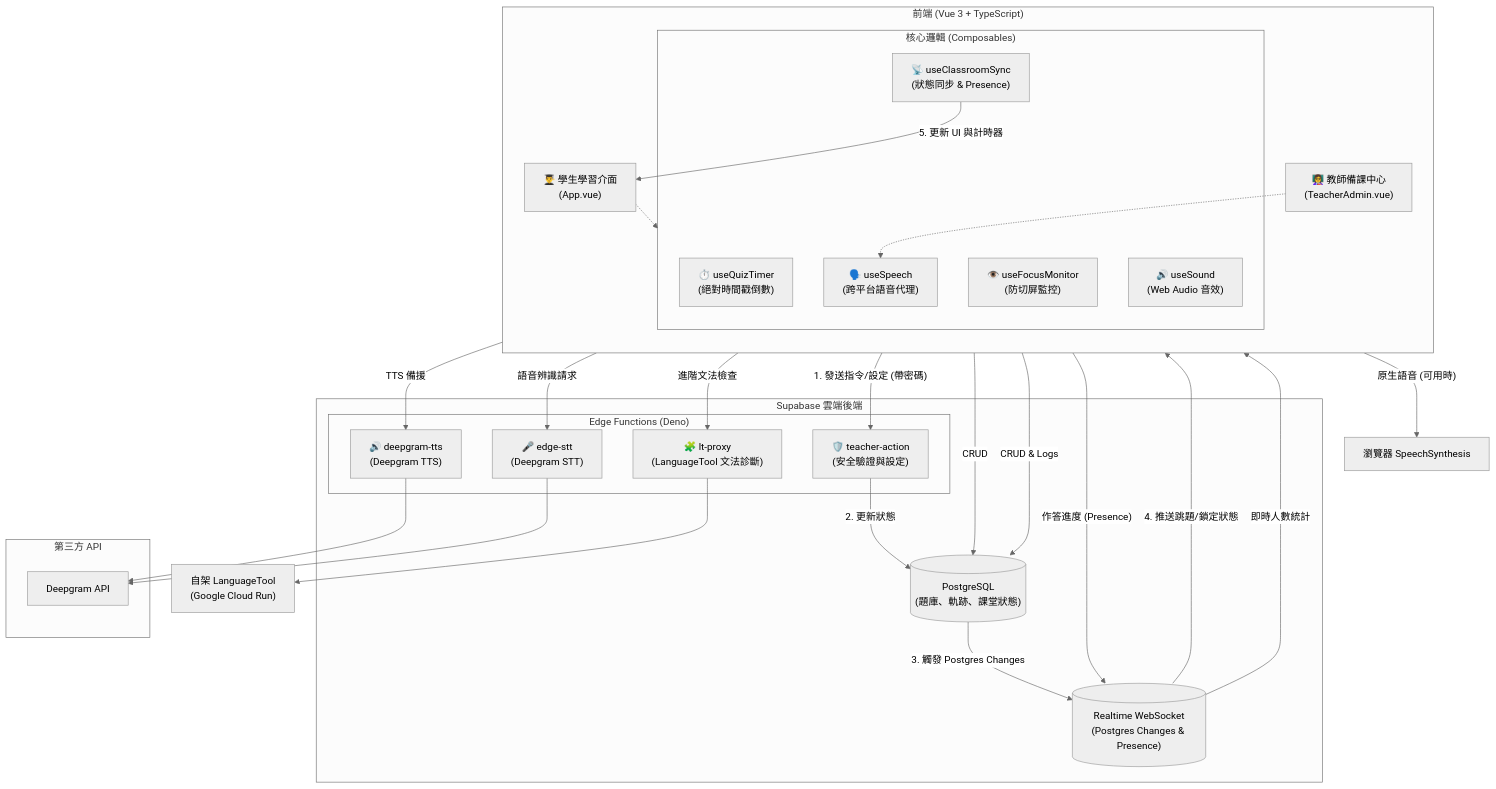
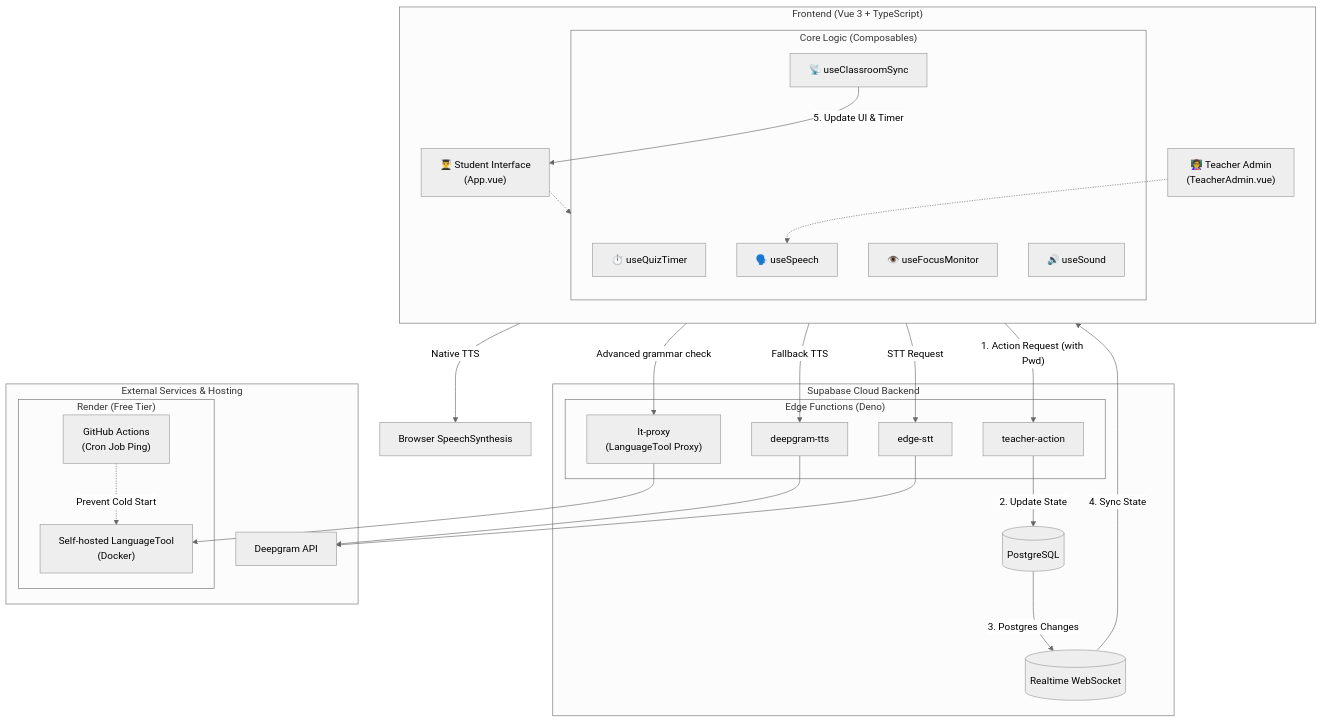
The second of 3 diagrams in README.zh-TW.md (ylin3-learner/SyntaxHunt), drawn with Mermaid (neutral theme) before and after one commit. The commit also changed other lines of this file and 1 other file, not shown here.

Commit message:
docs(readme): update architecture, deployment, and diagnosis technical details
- **Architecture**: Updated Mermaid diagrams to reflect Render (Docker) hosting and GitHub Actions keep-alive mechanism.
- **Diagnosis**: Documented Context Stitching and Offset Mapping logic for precise LanguageTool error highlighting.
- **UI/UX**: Added documentation for the manual 'Person vs. Thing' semantic control and the 8-second timeout fallback.
- **Deployment**: Updated deployment guides with Render environment variables (Java OOM prevention) and Supabase secrets configuration.

````diff
--- a/README.zh-TW.md
+++ b/README.zh-TW.md
@@ -73,59 +73,58 @@
 ```mermaid
 graph TD
-    subgraph Client ["前端 (Vue 3 + TypeScript)"]
+    subgraph Client ["Frontend (Vue 3 + TypeScript)"]
         direction TB
-        AdminUI["👩‍🏫 教師備課中心<br>(TeacherAdmin.vue)"]
-        StudentUI["👨‍🎓 學生學習介面<br>(App.vue)"]
+        AdminUI["👩‍🏫 Teacher Admin<br>(TeacherAdmin.vue)"]
+        StudentUI["👨‍🎓 Student Interface<br>(App.vue)"]
         
-        subgraph Composables ["核心邏輯 (Composables)"]
-            Timer["⏱️ useQuizTimer<br>(絕對時間戳倒數)"]
-            Focus["👁️ useFocusMonitor<br>(防切屏監控)"]
-            Sound["🔊 useSound<br>(Web Audio 音效)"]
-            Speech["🗣️ useSpeech<br>(跨平台語音代理)"]
-            Sync["📡 useClassroomSync<br>(狀態同步 & Presence)"]
+        subgraph Composables ["Core Logic (Composables)"]
+            Timer["⏱️ useQuizTimer"]
+            Focus["👁️ useFocusMonitor"]
+            Sound["🔊 useSound"]
+            Speech["🗣️ useSpeech"]
+            Sync["📡 useClassroomSync"]
         end
     end
 
-    subgraph Supabase ["Supabase 雲端後端"]
-        DB[("PostgreSQL<br>(題庫、軌跡、課堂狀態)")]
-        Realtime[("Realtime WebSocket<br>(Postgres Changes & Presence)")]
+    subgraph Supabase ["Supabase Cloud Backend"]
+        DB[("PostgreSQL")]
+        Realtime[("Realtime WebSocket")]
         subgraph EdgeFunctions ["Edge Functions (Deno)"]
-            Action_Proxy["🛡️ teacher-action<br>(安全驗證與設定)"]
-            TTS_Proxy["🔊 deepgram-tts<br>(Deepgram TTS)"]
-            STT_Proxy["🎤 edge-stt<br>(Deepgram STT)"]
-            LT_Proxy["🧩 lt-proxy<br>(LanguageTool 文法診斷)"]
+            Action_Proxy["teacher-action"]
+            TTS_Proxy["deepgram-tts"]
+            STT_Proxy["edge-stt"]
+            LT_Proxy["lt-proxy<br>(LanguageTool Proxy)"]
         end
     end
 
-    subgraph ThirdParty ["第三方 API"]
+    subgraph External ["External Services & Hosting"]
         Deepgram["Deepgram API"]
+        subgraph Render ["Render (Free Tier)"]
+            LanguageTool["Self-hosted LanguageTool<br>(Docker)"]
+            KeepAlive["GitHub Actions<br>(Cron Job Ping)"]
+        end
     end
 
-    BrowserTTS["瀏覽器 SpeechSynthesis"]
+    BrowserTTS["Browser SpeechSynthesis"]
 
-    %% 資料流
-    AdminUI -- "1. 發送指令/設定 (帶密碼)" --> Action_Proxy
-    Action_Proxy -- "2. 更新狀態" --> DB
-    DB -- "3. 觸發 Postgres Changes" --> Realtime
-    Realtime -- "4. 推送跳題/鎖定狀態" --> Sync
-    Sync -- "5. 更新 UI 與計時器" --> StudentUI
+    %% Data Flow
+    AdminUI -- "1. Action Request (with Pwd)" --> Action_Proxy
+    Action_Proxy -- "2. Update State" --> DB
+    DB -- "3. Postgres Changes" --> Realtime
+    Realtime -- "4. Sync State" --> Sync
+    Sync -- "5. Update UI & Timer" --> StudentUI
     
-    %% Presence 流
-    StudentUI -- "作答進度 (Presence)" --> Realtime
-    Realtime -- "即時人數統計" --> AdminUI
+    StudentUI -- "Native TTS" --> BrowserTTS
+    StudentUI -- "Fallback TTS" --> TTS_Proxy
+    TTS_Proxy --> Deepgram
     
-    AdminUI -- "CRUD" --> DB
-    StudentUI -- "CRUD & Logs" --> DB
+    StudentUI -- "STT Request" --> STT_Proxy
+    STT_Proxy --> Deepgram
     
-    StudentUI -- "原生語音 (可用時)" --> BrowserTTS
-    StudentUI -- "TTS 備援" --> TTS_Proxy
-    TTS_Proxy --> Deepgram
-    StudentUI -- "語音辨識請求" --> STT_Proxy
-    STT_Proxy --> Deepgram
-    StudentUI -- "進階文法檢查" --> LT_Proxy
-    LT_Proxy --> LanguageTool["自架 LanguageTool<br>(Google Cloud Run)"]
+    StudentUI -- "Advanced grammar check" --> LT_Proxy
+    LT_Proxy --> LanguageTool
+    KeepAlive -. "Prevent Cold Start" .-> LanguageTool
 
-    %% 邏輯依賴
     StudentUI -.-> Composables
     AdminUI -.-> Speech
 ```
````
